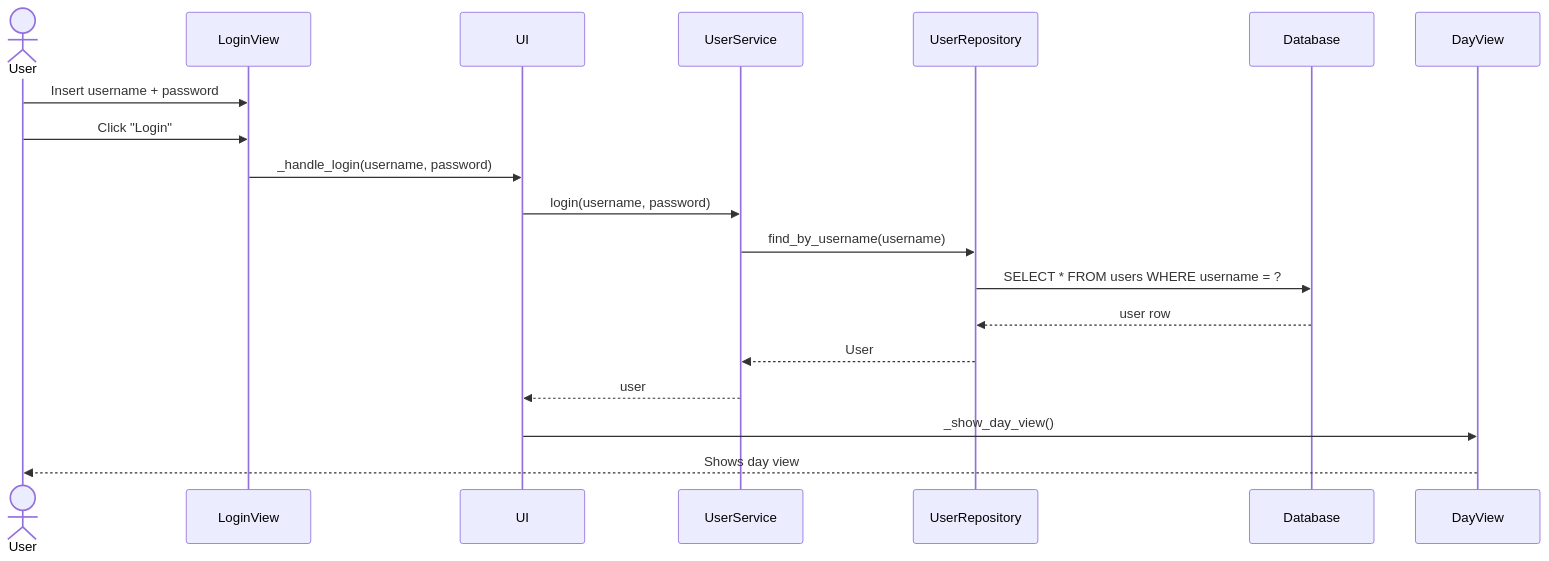
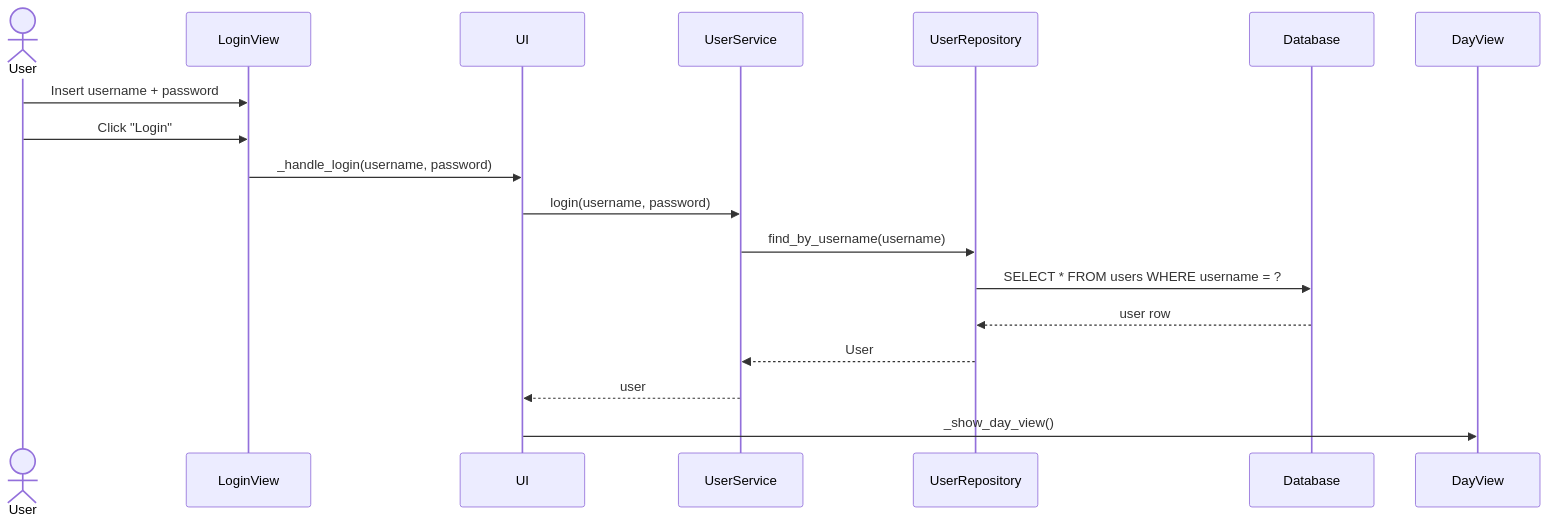
The third of 3 diagrams in dokumentaatio/arkkitehtuuri.md (MildMunshin/ot-harjoitustyo), drawn with Mermaid before and after one commit.

````diff
--- a/dokumentaatio/arkkitehtuuri.md
+++ b/dokumentaatio/arkkitehtuuri.md
@@ -61,22 +61,21 @@
 ```mermaid
 sequenceDiagram
     actor User
     participant LoginView
     participant UI
     participant UserService
     participant UserRepository
     participant Database
     participant DayView
 
     User->>LoginView: Insert username + password
     User->>LoginView: Click "Login"
     LoginView->>UI: _handle_login(username, password)
     UI->>UserService: login(username, password)
     UserService->>UserRepository: find_by_username(username)
     UserRepository->>Database: SELECT * FROM users WHERE username = ?
     Database-->>UserRepository: user row
     UserRepository-->>UserService: User
     UserService-->>UI: user
     UI->>DayView: _show_day_view()
-    DayView-->>User: Shows day view
 ```
````
